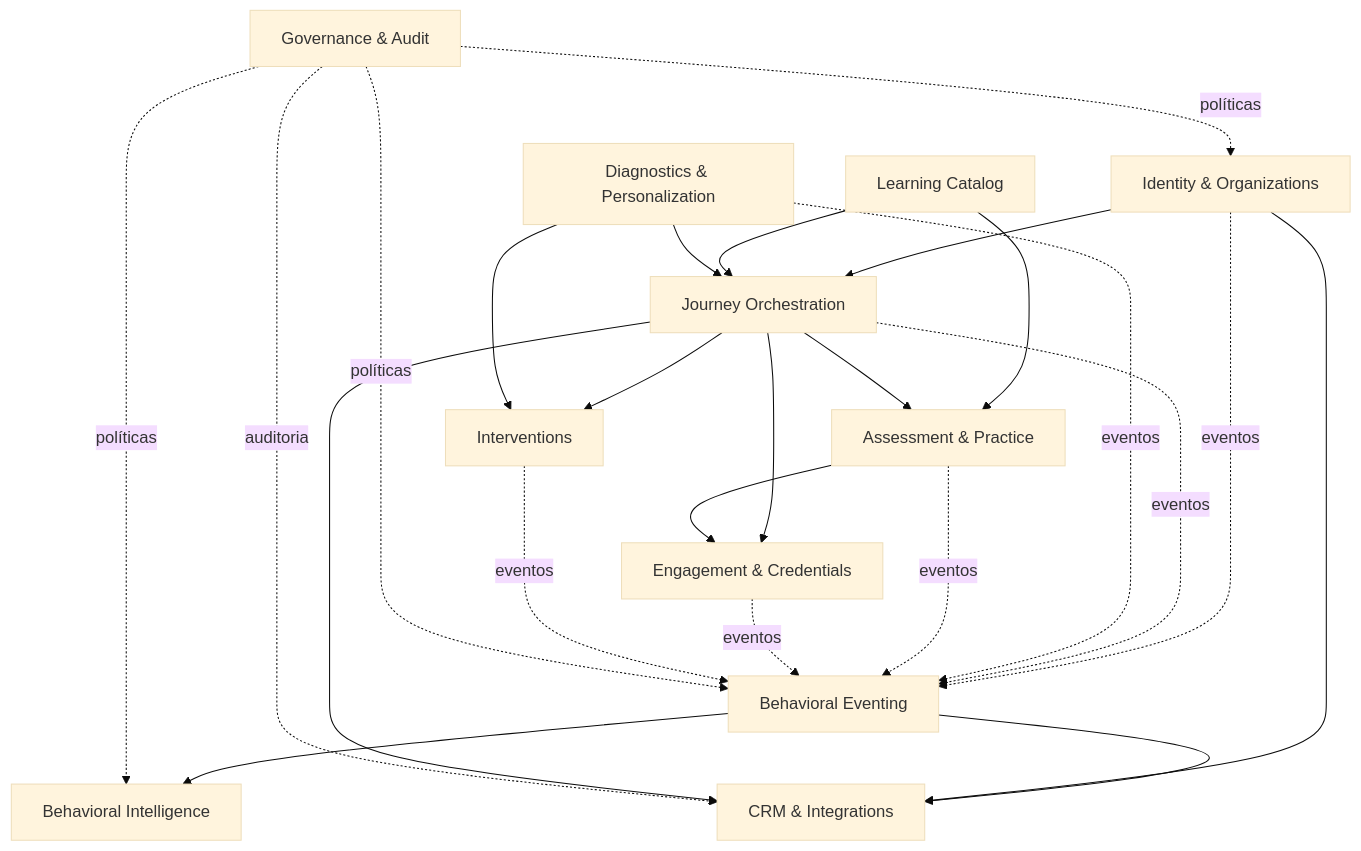
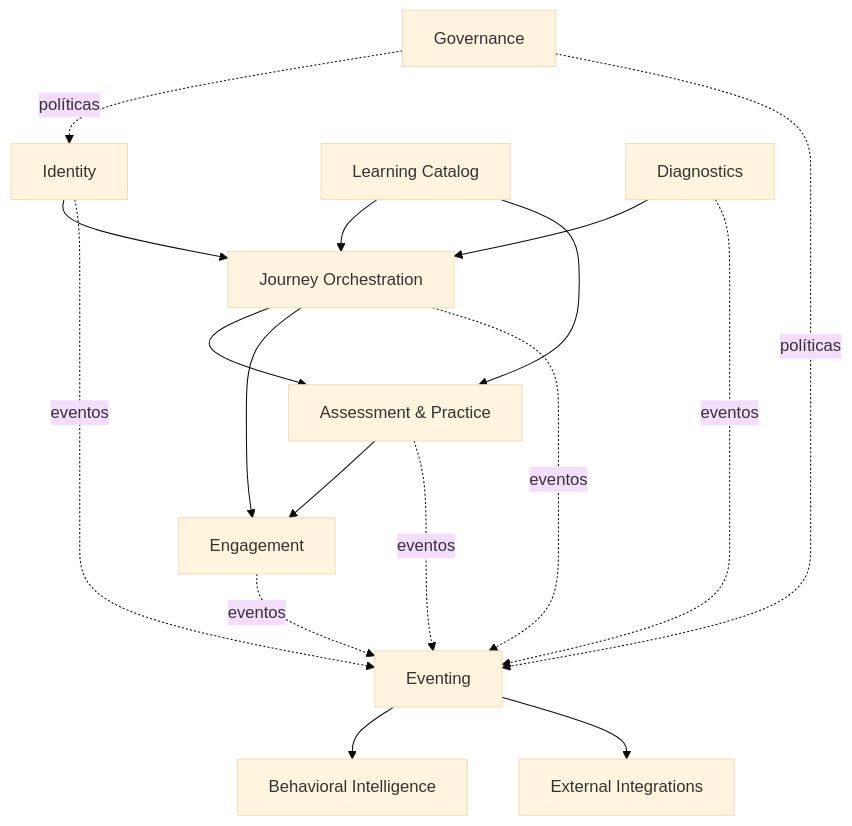
The diagram in docs/domain/BOUNDED_CONTEXTS.md (pablo-marchina/LMS-estimulo), drawn with Mermaid (base theme) before and after one commit. The commit also changed other lines of this file and 13 other files, not shown here.

````diff
--- a/docs/domain/BOUNDED_CONTEXTS.md
+++ b/docs/domain/BOUNDED_CONTEXTS.md
@@ -247,41 +57,19 @@
 ```mermaid
 flowchart TD
-    ID[Identity & Organizations]
-    CAT[Learning Catalog]
-    JO[Journey Orchestration]
-    DG[Diagnostics & Personalization]
-    AP[Assessment & Practice]
-    GM[Engagement & Credentials]
-    IV[Interventions]
-    EV[Behavioral Eventing]
-    BI[Behavioral Intelligence]
-    IN[CRM & Integrations]
-    GV[Governance & Audit]
-
-    ID --> JO
-    CAT --> JO
-    CAT --> AP
-    DG --> JO
-    JO --> AP
-    JO --> GM
-    AP --> GM
-    JO --> IV
-    DG --> IV
-
-    ID -.eventos.-> EV
-    JO -.eventos.-> EV
-    DG -.eventos.-> EV
-    AP -.eventos.-> EV
-    GM -.eventos.-> EV
-    IV -.eventos.-> EV
-
-    EV --> BI
-    EV --> IN
-    ID --> IN
-    JO --> IN
-
-    GV -.políticas.-> ID
-    GV -.políticas.-> EV
-    GV -.políticas.-> BI
-    GV -.auditoria.-> IN
+  ID[Identity] --> JO[Journey Orchestration]
+  CAT[Learning Catalog] --> JO
+  CAT --> AP[Assessment & Practice]
+  DG[Diagnostics] --> JO
+  JO --> AP
+  JO --> GM[Engagement]
+  AP --> GM
+  ID -.eventos.-> EV[Eventing]
+  JO -.eventos.-> EV
+  DG -.eventos.-> EV
+  AP -.eventos.-> EV
+  GM -.eventos.-> EV
+  EV --> BI[Behavioral Intelligence]
+  EV --> IN[External Integrations]
+  GV[Governance] -.políticas.-> ID
+  GV -.políticas.-> EV
 ```
````
